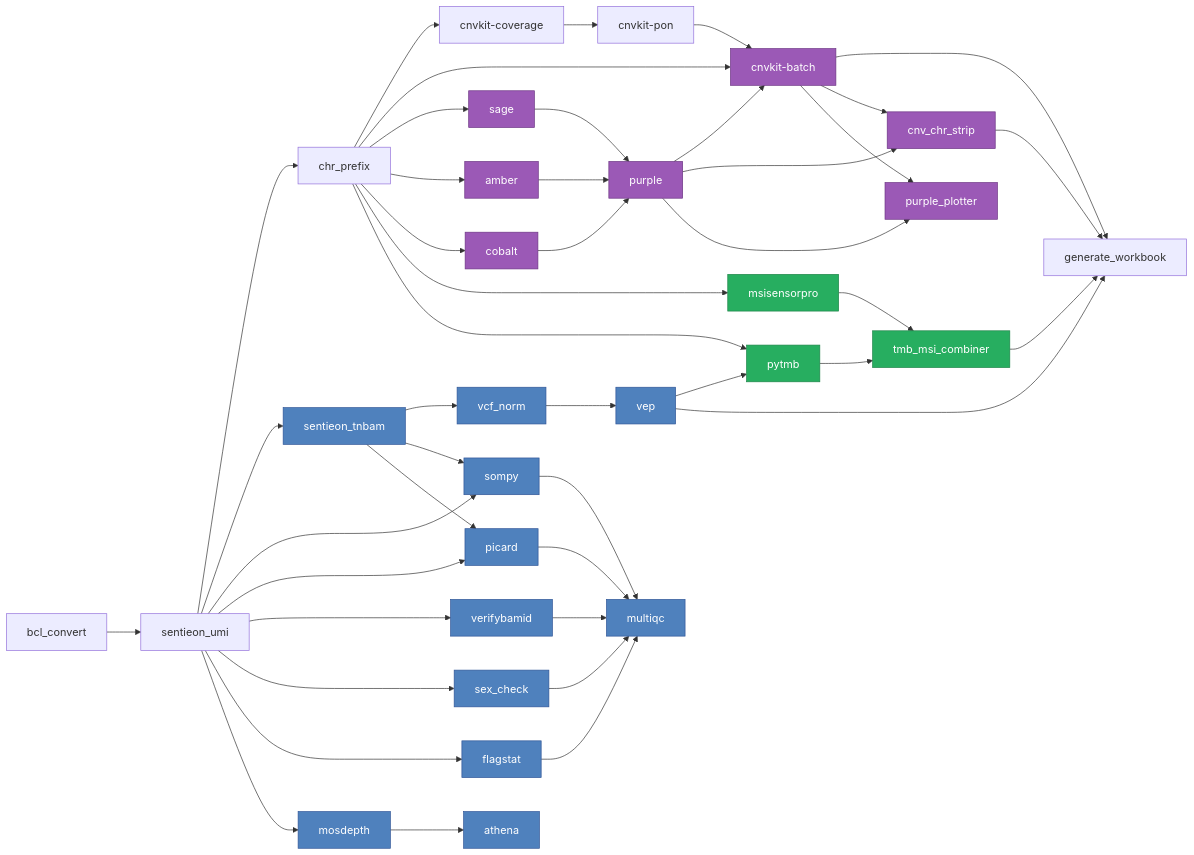
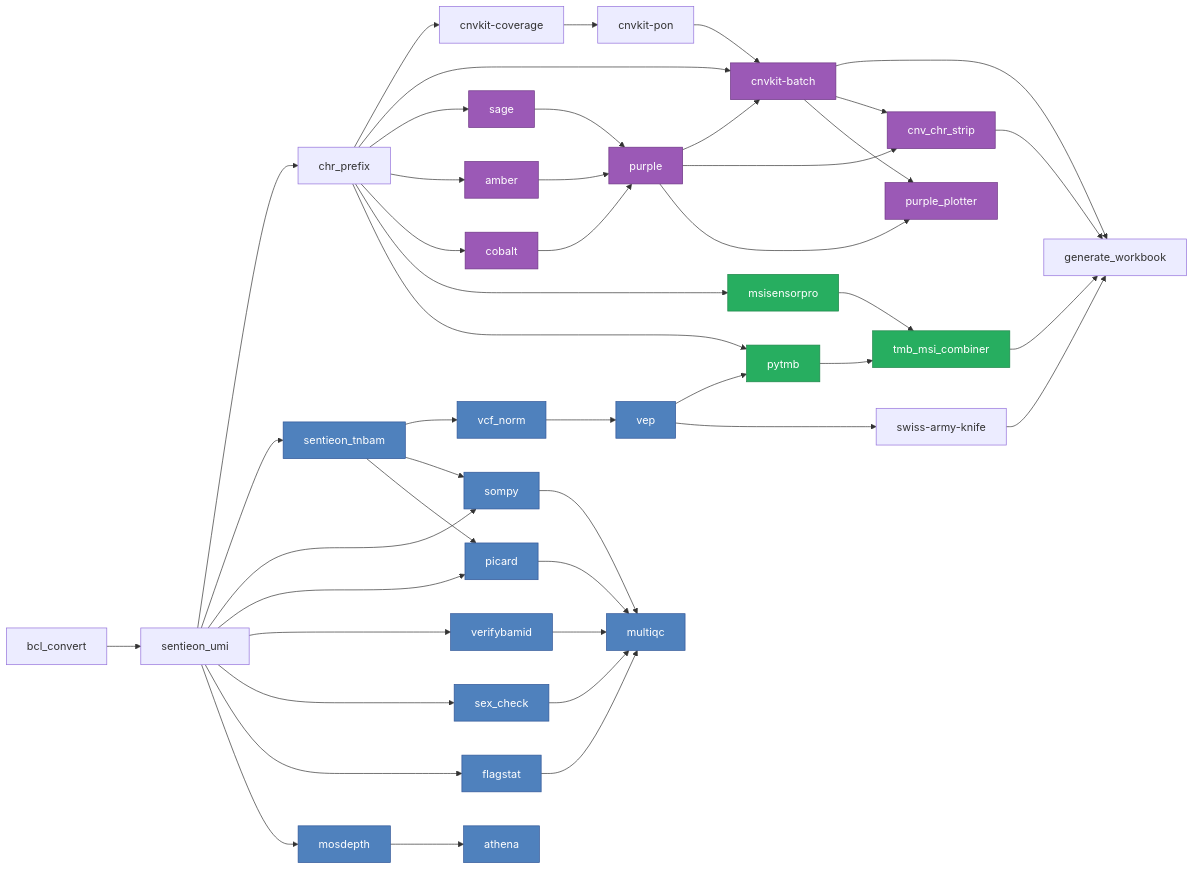
Before and after one commit to eastgenomics/atlas_pipeline_diagram: the diagram in README.md, drawn with Mermaid.

Commit message:
add swiss army knife and reduce redundancy

````diff
--- a/README.md
+++ b/README.md
@@ -11,55 +11,53 @@
 ```mermaid
 flowchart LR
     bcl_convert --> sentieon_umi
     sentieon_umi --> chr_prefix
 
     %% CNVs
     chr_prefix --> cnvkit_coverage[cnvkit-coverage]
     cnvkit_coverage --> cnvkit_pon[cnvkit-pon]
     chr_prefix --> cnvkit_batch[cnvkit-batch]
     cnvkit_pon --> cnvkit_batch
     chr_prefix --> sage
     chr_prefix --> amber
     chr_prefix --> cobalt
     sage --> purple
     amber --> purple
     cobalt --> purple
     purple --> cnvkit_batch
     purple --> cnv_chr_strip
     cnvkit_batch --> generate_workbook
     cnv_chr_strip --> generate_workbook
     cnvkit_batch --> cnv_chr_strip
     purple --> purple_plotter
     cnvkit_batch --> purple_plotter
     
     %% TMB and MSI
     chr_prefix --> msisensorpro
     msisensorpro --> tmb_msi_combiner
     chr_prefix --> pytmb
     vep --> pytmb
     pytmb --> tmb_msi_combiner
     tmb_msi_combiner --> generate_workbook
 
     %% Main workflow - SNVs and QC
     sentieon_umi --> sentieon_tnbam
-    sentieon_tnbam --> vcf_norm --> vep --> generate_workbook
+    sentieon_tnbam --> vcf_norm --> vep --> swiss_army_knife[swiss-army-knife] --> generate_workbook
     sentieon_tnbam --> sompy
-    sompy --> multiqc
     sentieon_tnbam --> picard
-    picard --> multiqc
-    sentieon_umi --> sompy
-    sentieon_umi --> picard
+    sentieon_umi --> sompy --> multiqc
+    sentieon_umi --> picard --> multiqc
     sentieon_umi --> verifybamid --> multiqc
     sentieon_umi --> sex_check --> multiqc
     sentieon_umi --> flagstat --> multiqc
     sentieon_umi --> mosdepth --> athena
 
     %% Colour coding
     class sentieon_tnbam,vcf_norm,vep,sompy,picard,multiqc,verifybamid,sex_check,flagstat,mosdepth,athena main;
     class sage,amber,cobalt,purple,cnvkit_batch,cnv_chr_strip,purple_plotter cnv;
     class pytmb,msisensorpro,tmb_msi_combiner msi;
 
     classDef main fill:#4f81bd,stroke:#2f5597,color:#fff;
     classDef cnv fill:#9b59b6,stroke:#6c3483,color:#fff;
     classDef msi fill:#27ae60,stroke:#1e8449,color:#fff;
 ```
````
